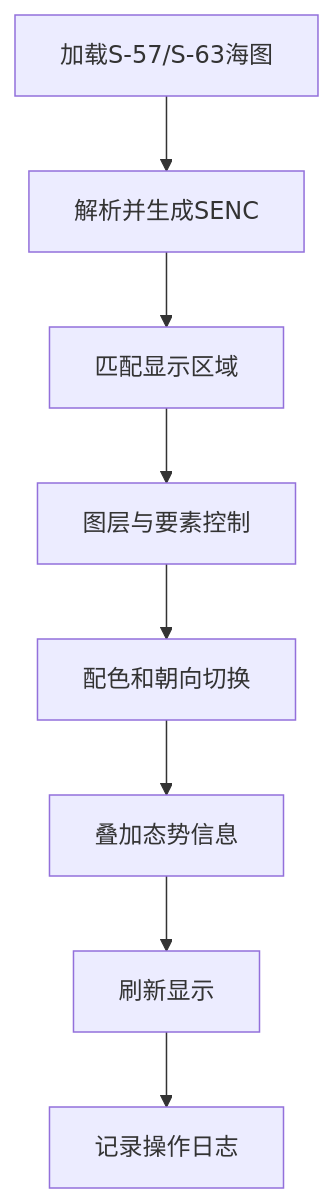
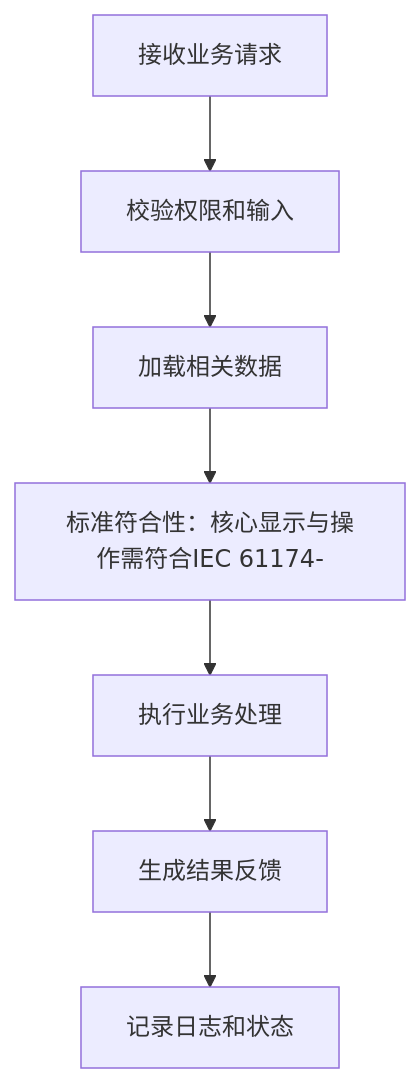
One commit to ZzGallagher/bid-solution-writer changed the diagram in output/records/function-001-海图综合态势展示.mmd. Above: the diagram before and after it, drawn with Mermaid. The commit also changed 40 other files, not shown here.

Commit message:
Generate diagrams dynamically with LLM

```diff
--- a/output/records/function-001-海图综合态势展示.mmd
+++ b/output/records/function-001-海图综合态势展示.mmd
@@ -1,18 +1,15 @@
 %% 图名称：海图综合态势展示流程图
-%% 对应章节：海图综合态势展示功能
 flowchart TD
-    N1[加载S-57/S-63海图]
-    N2[解析并生成SENC]
-    N3[匹配显示区域]
-    N4[图层与要素控制]
-    N5[配色和朝向切换]
-    N6[叠加态势信息]
-    N7[刷新显示]
-    N8[记录操作日志]
+    N0["接收业务请求"]
+    N1["校验权限和输入"]
+    N0 --> N1
+    N2["加载相关数据"]
     N1 --> N2
+    N3["标准符合性：核心显示与操作需符合IEC 61174-"]
     N2 --> N3
+    N4["执行业务处理"]
     N3 --> N4
+    N5["生成结果反馈"]
     N4 --> N5
+    N6["记录日志和状态"]
     N5 --> N6
-    N6 --> N7
-    N7 --> N8
```
